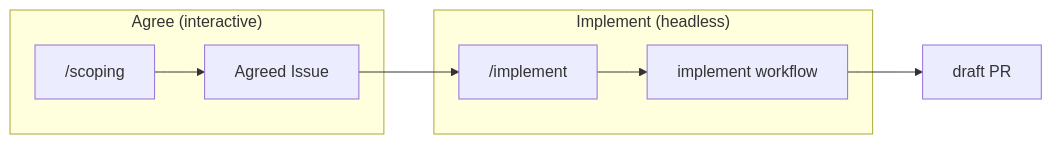
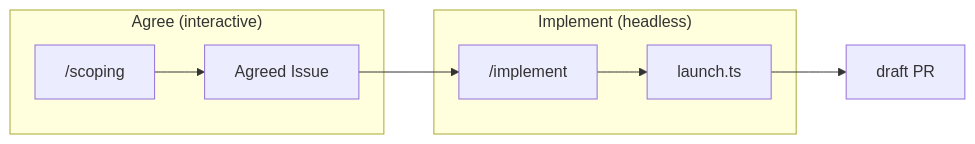
The diagram in docs/COMMANDS.md (thkt/dotclaude), drawn with Mermaid before and after one commit. The commit also changed other lines of this file and 8 other files, not shown here.

````diff
--- a/docs/COMMANDS.md
+++ b/docs/COMMANDS.md
@@ -11,11 +11,11 @@
 ```mermaid
 flowchart LR
     subgraph Agree["Agree (interactive)"]
         S["/scoping"] --> I["Agreed Issue"]
     end
     subgraph Build["Implement (headless)"]
-        M["/implement"] --> W["implement workflow"]
+        M["/implement"] --> W["launch.ts"]
     end
     I --> M
     W --> PR["draft PR"]
 ```
````
